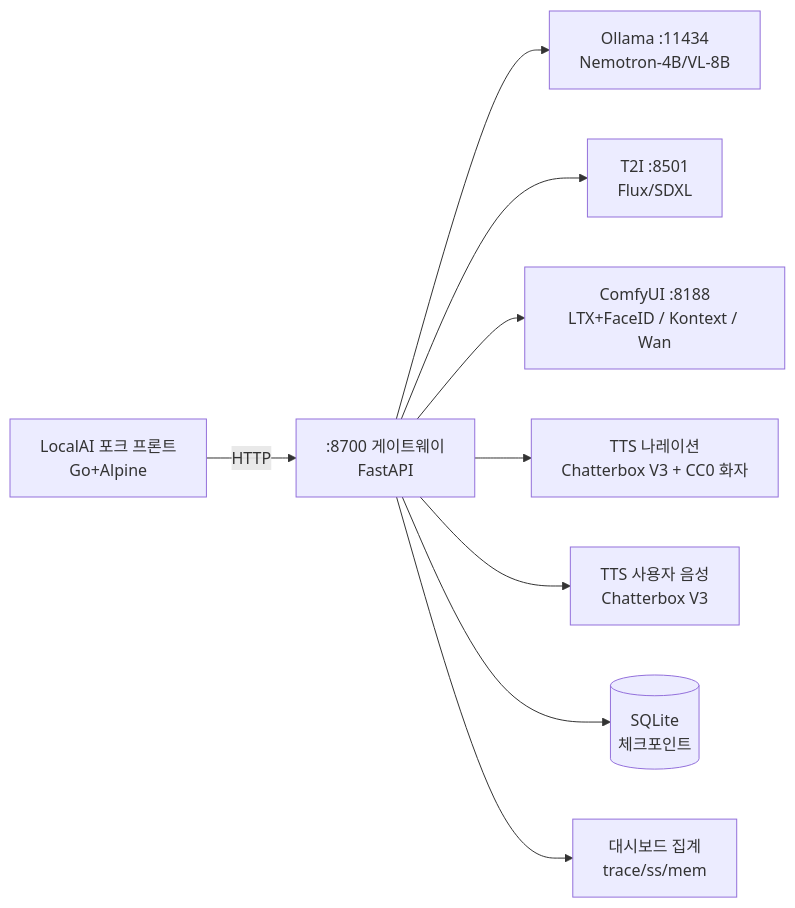
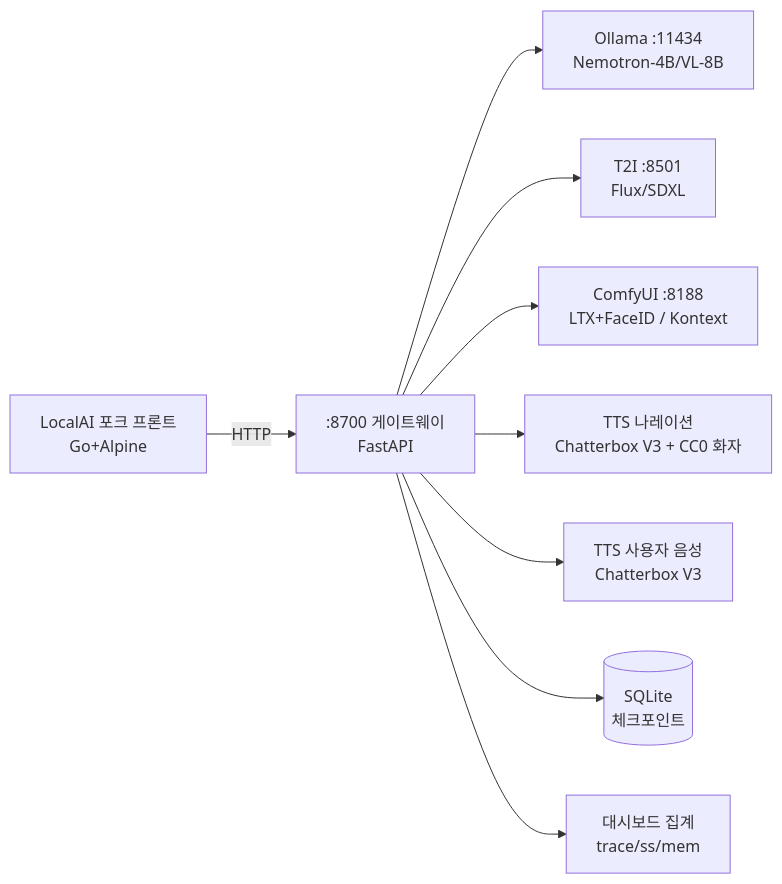
The first of 4 diagrams in docs/Architecture.md (hayeon3203/DaolVision), drawn with Mermaid before and after one commit. The commit also changed other lines of this file and 5 other files, not shown here.

Commit message:
docs: record Wan removal + LTX T2V/I2V-fallback measurement (Task 6.5)

````diff
--- a/docs/Architecture.md
+++ b/docs/Architecture.md
@@ -23,11 +23,11 @@
 ```mermaid
 flowchart LR
     FE[LocalAI 포크 프론트<br/>Go+Alpine] -->|HTTP| GW[:8700 게이트웨이<br/>FastAPI]
     GW --> OL[Ollama :11434<br/>Nemotron-4B/VL-8B]
     GW --> T2I[T2I :8501<br/>Flux/SDXL]
-    GW --> CF[ComfyUI :8188<br/>LTX+FaceID / Kontext / Wan]
+    GW --> CF[ComfyUI :8188<br/>LTX+FaceID / Kontext]
     GW --> KTS[TTS 나레이션<br/>Chatterbox V3 + CC0 화자]
     GW --> CTS[TTS 사용자 음성<br/>Chatterbox V3]
     GW --> DB[(SQLite<br/>체크포인트)]
     GW --> DASH[대시보드 집계<br/>trace/ss/mem]
 ```
````
